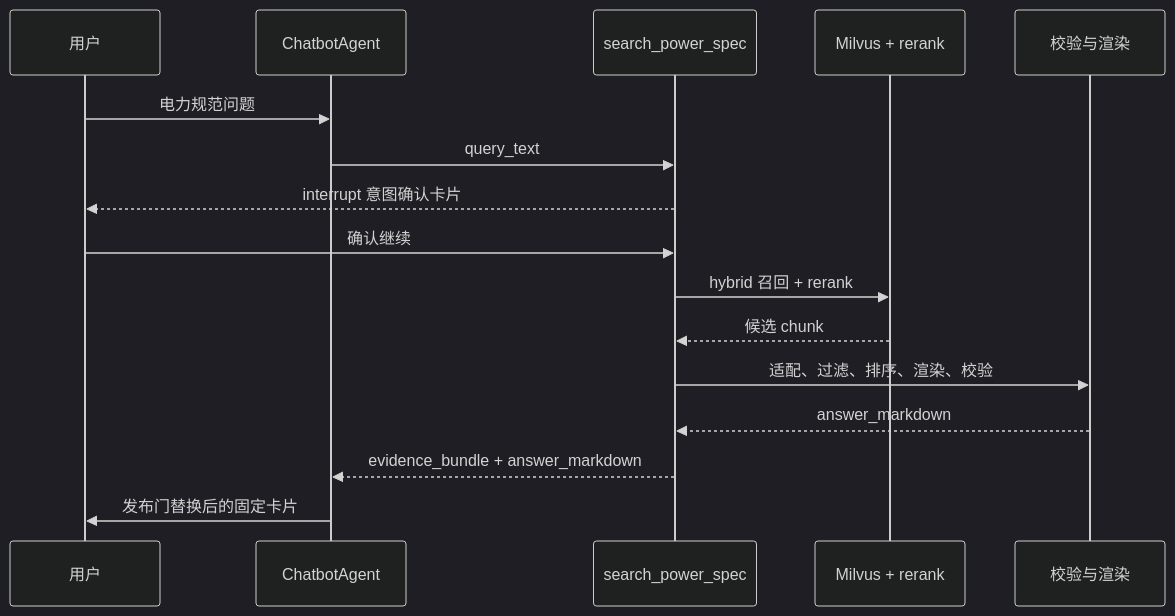
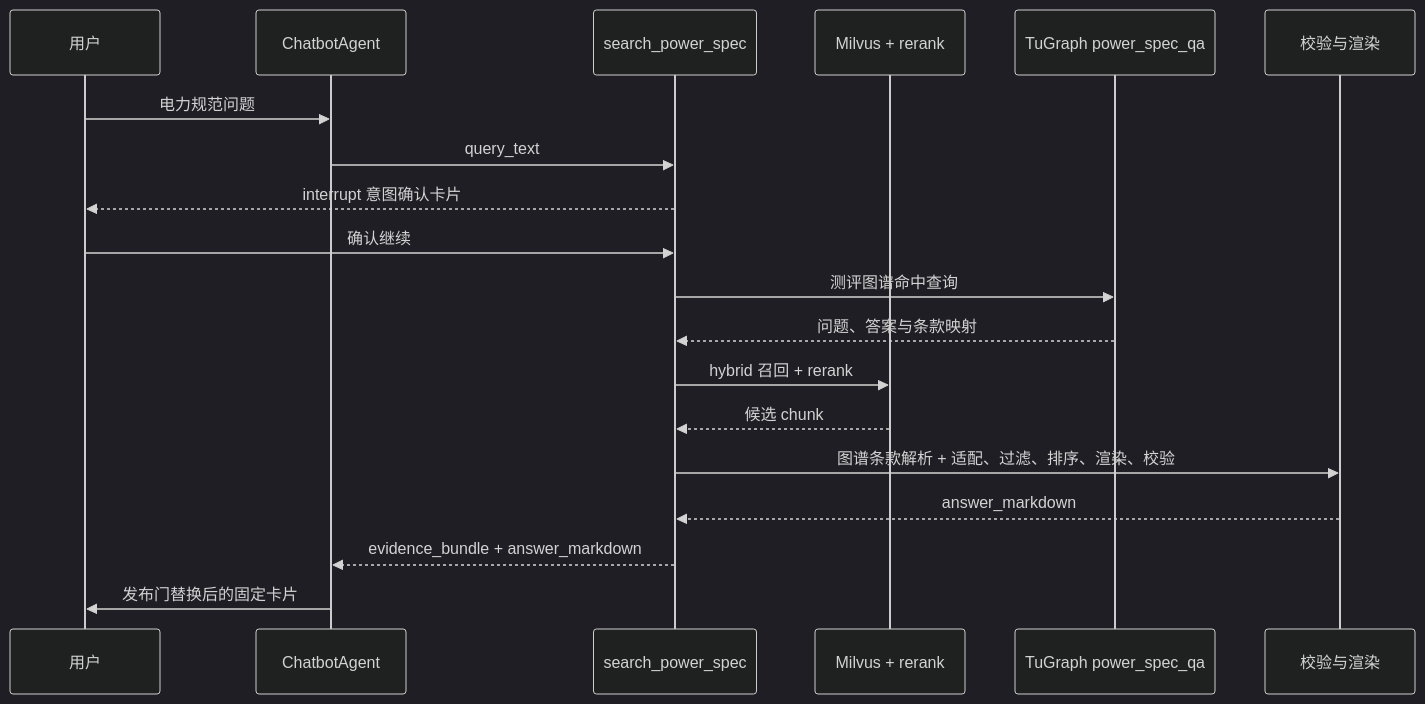
One commit to Seayar/Yuxi changed the second of 2 diagrams in docs/mechanisms/power-spec-retrieval.md. Above: the diagram before and after it, drawn with Mermaid (dark theme). The commit also changed other lines of this file and 32 other files, not shown here.

First line of the commit message:
feat(knowledge): 电力规范检索增强多路召回、测评图谱、逐题回答与卡片标记

````diff
--- a/docs/mechanisms/power-spec-retrieval.md
+++ b/docs/mechanisms/power-spec-retrieval.md
@@ -69,19 +74,22 @@
 ```mermaid
 sequenceDiagram
   participant U as 用户
   participant A as ChatbotAgent
   participant T as search_power_spec
   participant M as Milvus + rerank
+  participant G as TuGraph power_spec_qa
   participant V as 校验与渲染
 
   U->>A: 电力规范问题
   A->>T: query_text
   T-->>U: interrupt 意图确认卡片
   U->>T: 确认继续
+  T->>G: 测评图谱命中查询
+  G-->>T: 问题、答案与条款映射
   T->>M: hybrid 召回 + rerank
   M-->>T: 候选 chunk
-  T->>V: 适配、过滤、排序、渲染、校验
+  T->>V: 图谱条款解析 + 适配、过滤、排序、渲染、校验
   V-->>T: answer_markdown
   T-->>A: evidence_bundle + answer_markdown
   A->>U: 发布门替换后的固定卡片
 ```
````
